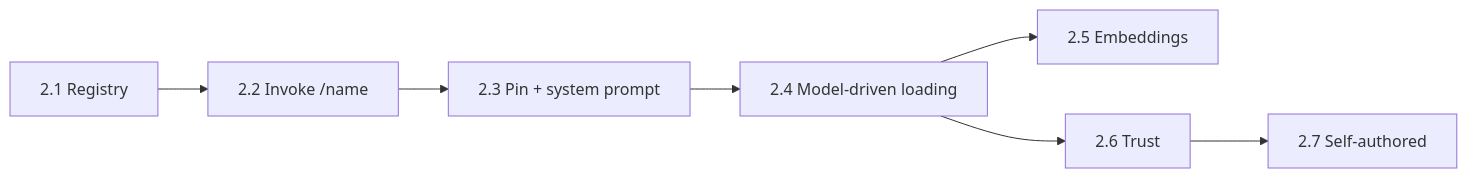
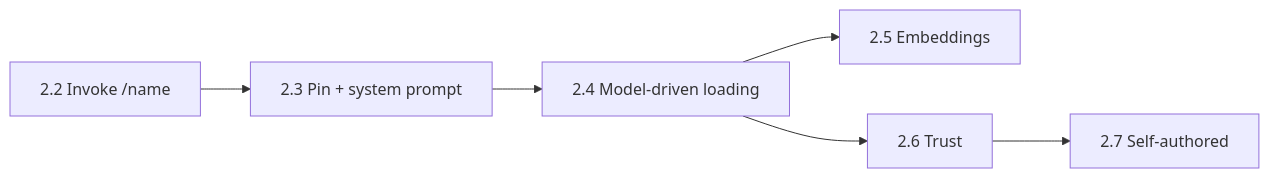
Before and after one commit to MilanPavel/golem: the third of 4 diagrams in docs/plan.md, drawn with Mermaid. The commit also changed other lines of this file, not shown here.

````diff
--- a/docs/plan.md
+++ b/docs/plan.md
@@ -206,6 +224,6 @@
 ```mermaid
 flowchart LR
-  s1[2.1 Registry] --> s2[2.2 Invoke /name] --> s3[2.3 Pin + system prompt] --> s4[2.4 Model-driven loading]
+  s2[2.2 Invoke /name] --> s3[2.3 Pin + system prompt] --> s4[2.4 Model-driven loading]
   s4 --> s5[2.5 Embeddings]
   s4 --> s6[2.6 Trust] --> s7[2.7 Self-authored]
 ```
````
